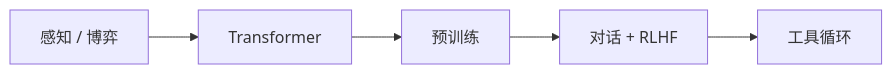
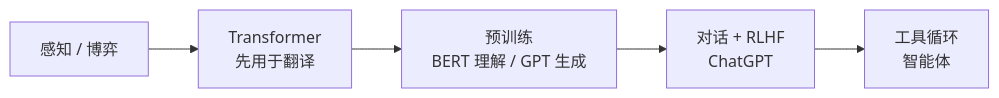
The second of 2 diagrams in 10-chronicle/12-artificial-intelligence-chronicle.md (xiaxinyu/knowledge_base), drawn with Mermaid before and after one commit. The commit also changed other lines of this file, not shown here.

````diff
--- a/10-chronicle/12-artificial-intelligence-chronicle.md
+++ b/10-chronicle/12-artificial-intelligence-chronicle.md
@@ -275,7 +373,7 @@
 ```mermaid
 flowchart LR
-  A["感知 / 博弈"] --> B["Transformer"]
-  B --> C["预训练"]
-  C --> D["对话 + RLHF"]
-  D --> E["工具循环"]
+  A["感知 / 博弈"] --> B["Transformer<br/>先用于翻译"]
+  B --> C["预训练<br/>BERT 理解 / GPT 生成"]
+  C --> D["对话 + RLHF<br/>ChatGPT"]
+  D --> E["工具循环<br/>智能体"]
 ```
````
